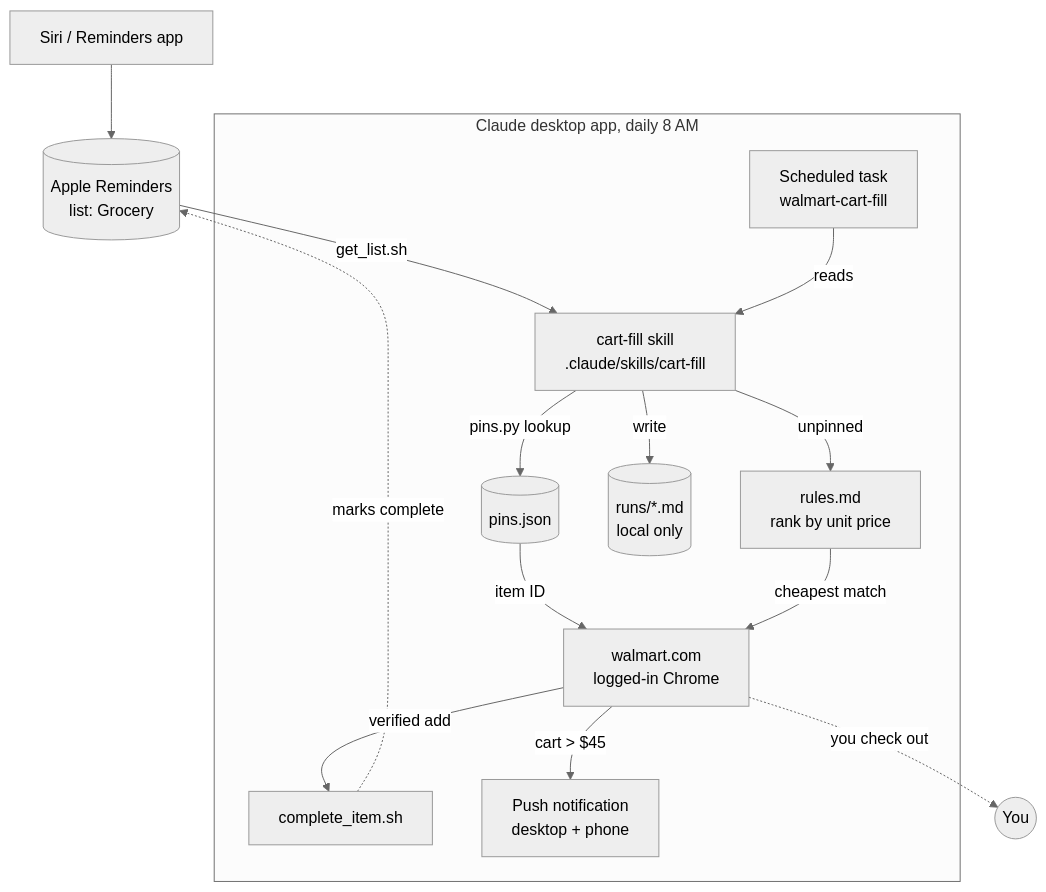
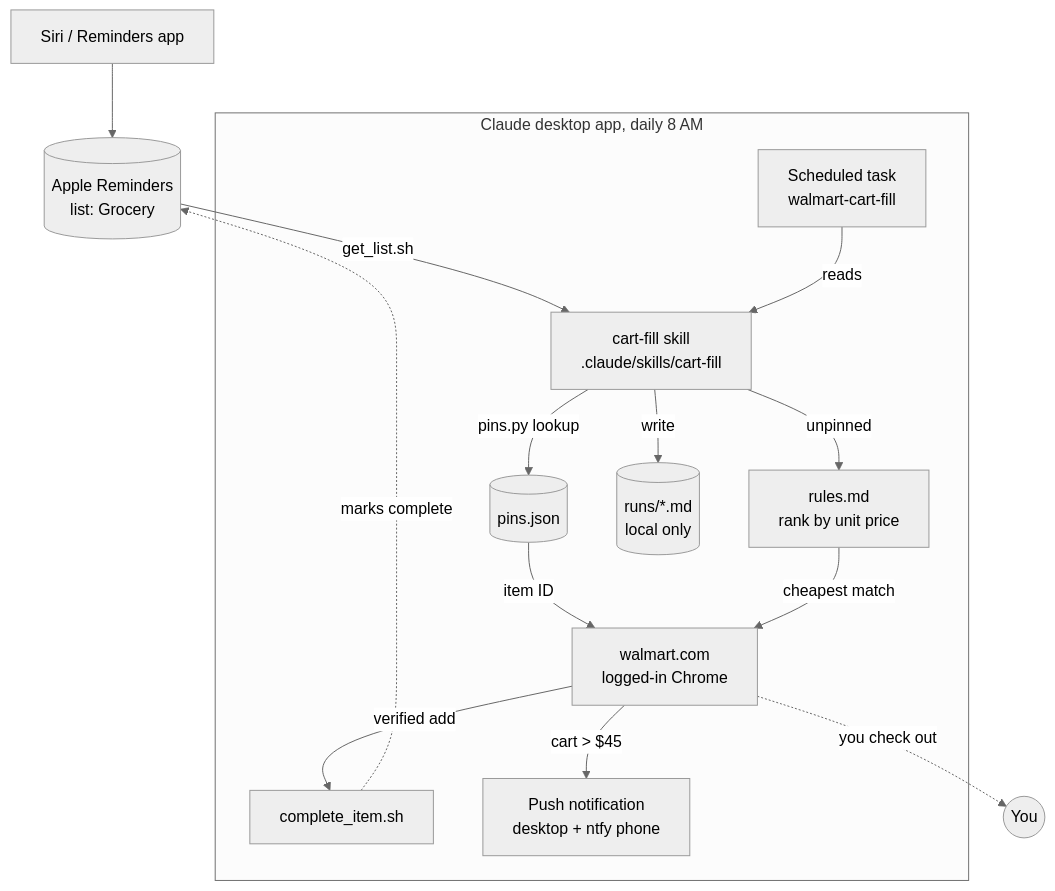
The diagram in README.md (masteroflink/walmart-shopper), drawn with Mermaid (neutral theme) before and after one commit. The commit also changed other lines of this file and 1 other file, not shown here.

First line of the commit message:
Send cart alerts to ntfy phone topic

````diff
--- a/README.md
+++ b/README.md
@@ -7,19 +7,19 @@
 ```mermaid
 flowchart TB
     Siri["Siri / Reminders app"] --> Rem[("Apple Reminders<br/>list: Grocery")]
     Rem -->|"get_list.sh"| Skill
 
     subgraph app ["Claude desktop app, daily 8 AM"]
         Task["Scheduled task<br/>walmart-cart-fill"] -->|reads| Skill["cart-fill skill<br/>.claude/skills/cart-fill"]
         Skill -->|"pins.py lookup"| Pins[("pins.json")]
         Skill -->|unpinned| Rules["rules.md<br/>rank by unit price"]
         Pins -->|item ID| Chrome
         Rules -->|cheapest match| Chrome["walmart.com<br/>logged-in Chrome"]
         Chrome -->|verified add| Done["complete_item.sh"]
-        Chrome -->|"cart > $45"| Push["Push notification<br/>desktop + phone"]
+        Chrome -->|"cart > $45"| Push["Push notification<br/>desktop + ntfy phone"]
         Skill -->|write| Log[("runs/*.md<br/>local only")]
     end
 
     Done -.->|marks complete| Rem
     Chrome -.->|you check out| You((You))
 ```
````
